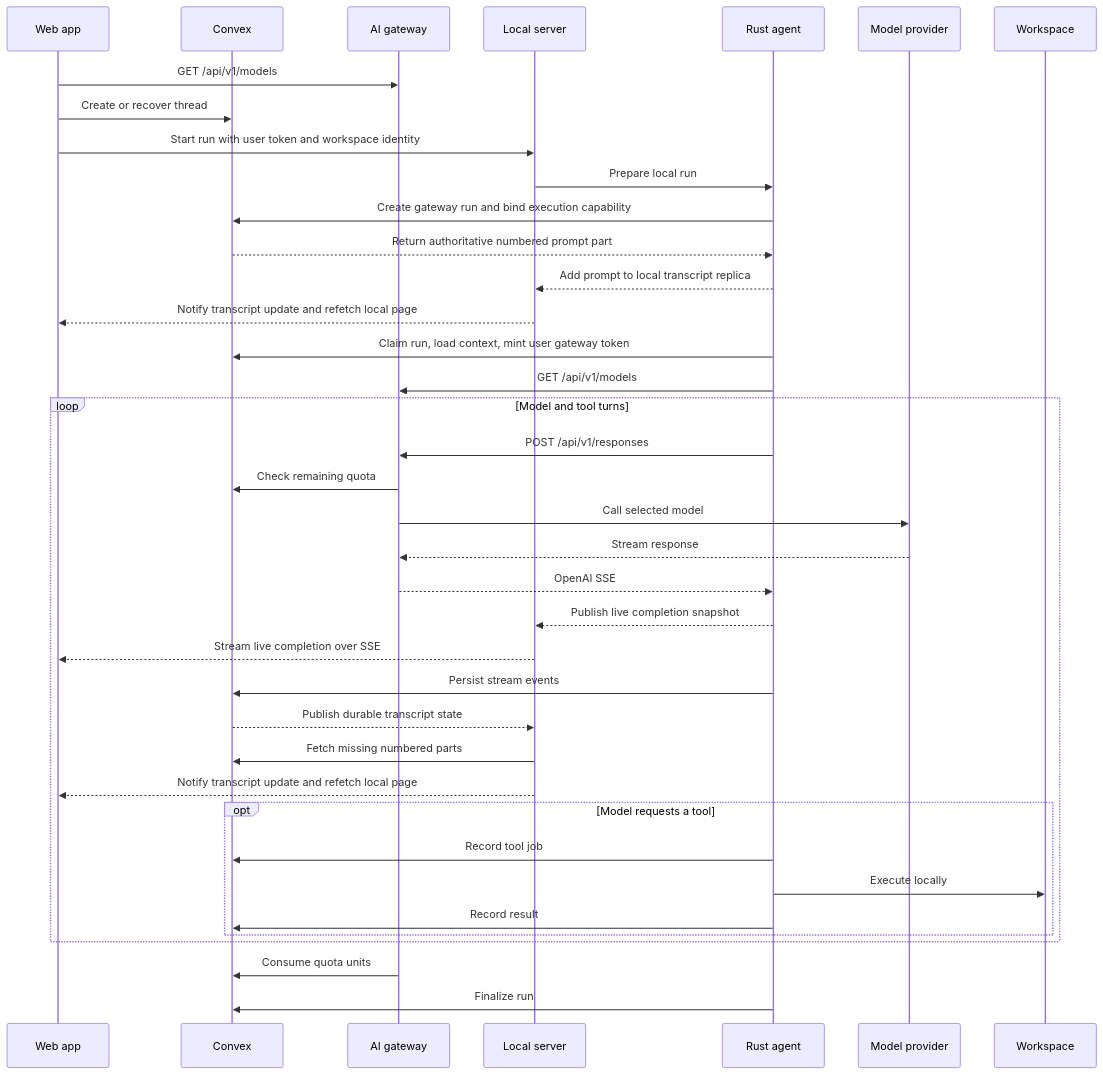
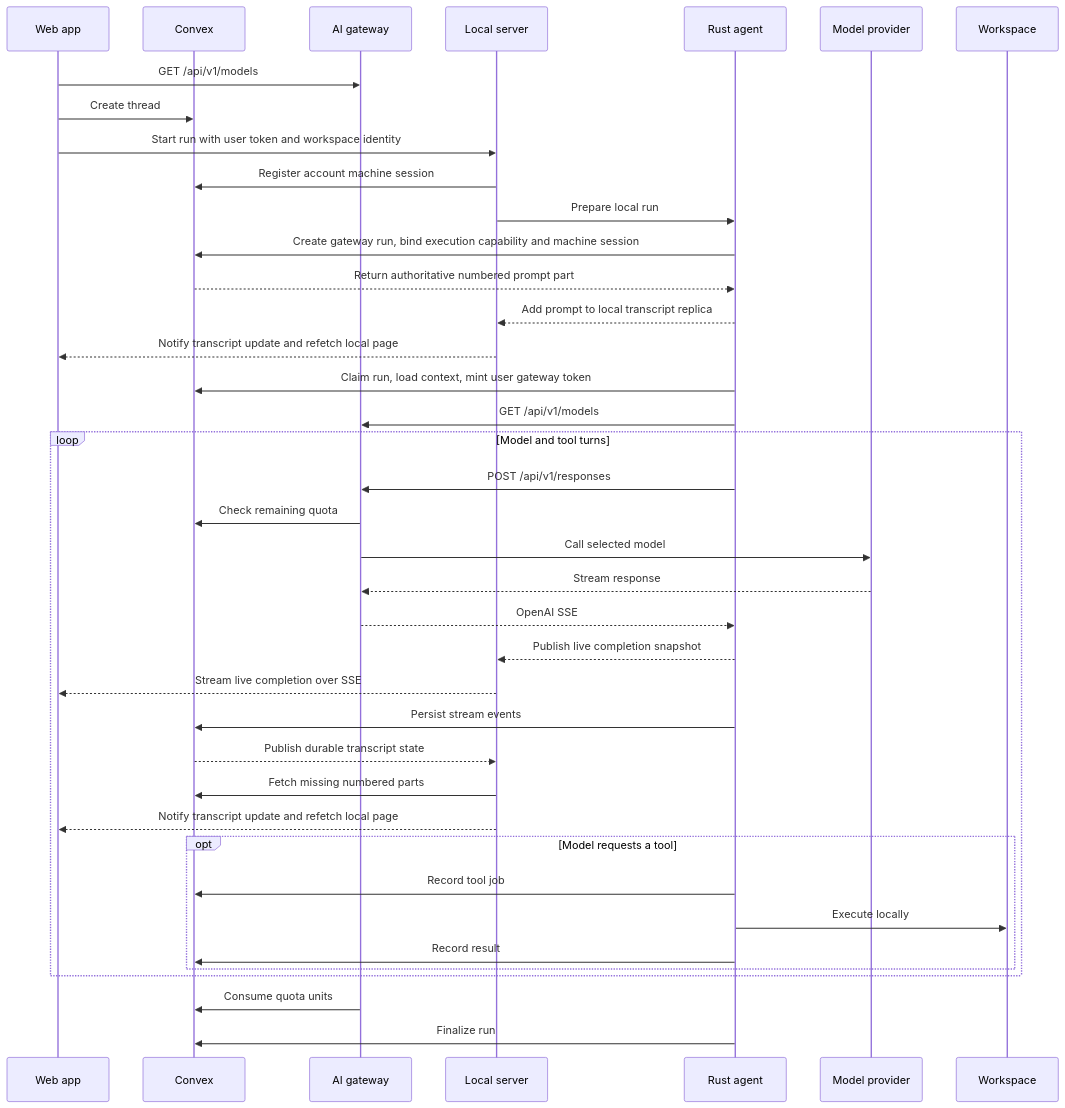
The second of 2 diagrams in ARCHITECTURE.md (spikonado/sprocket), drawn with Mermaid before and after one commit. The commit also changed other lines of this file, not shown here.

Commit message:
docs(architecture): Document thread cache and machine-session auth

````diff
--- a/ARCHITECTURE.md
+++ b/ARCHITECTURE.md
@@ -122,41 +133,42 @@
 ```mermaid
 sequenceDiagram
     participant UI as Web app
     participant C as Convex
     participant G as AI gateway
     participant S as Local server
     participant A as Rust agent
     participant M as Model provider
     participant W as Workspace
 
     UI->>G: GET /api/v1/models
-    UI->>C: Create or recover thread
+    UI->>C: Create thread
     UI->>S: Start run with user token and workspace identity
+    S->>C: Register account machine session
     S->>A: Prepare local run
-    A->>C: Create gateway run and bind execution capability
+    A->>C: Create gateway run, bind execution capability and machine session
     C-->>A: Return authoritative numbered prompt part
     A-->>S: Add prompt to local transcript replica
     S-->>UI: Notify transcript update and refetch local page
     A->>C: Claim run, load context, mint user gateway token
     A->>G: GET /api/v1/models
     loop Model and tool turns
         A->>G: POST /api/v1/responses
         G->>C: Check remaining quota
         G->>M: Call selected model
         M-->>G: Stream response
         G-->>A: OpenAI SSE
         A-->>S: Publish live completion snapshot
         S-->>UI: Stream live completion over SSE
         A->>C: Persist stream events
         C-->>S: Publish durable transcript state
         S->>C: Fetch missing numbered parts
         S-->>UI: Notify transcript update and refetch local page
         opt Model requests a tool
             A->>C: Record tool job
             A->>W: Execute locally
             A->>C: Record result
         end
     end
     G->>C: Consume quota units
     A->>C: Finalize run
 ```
````
